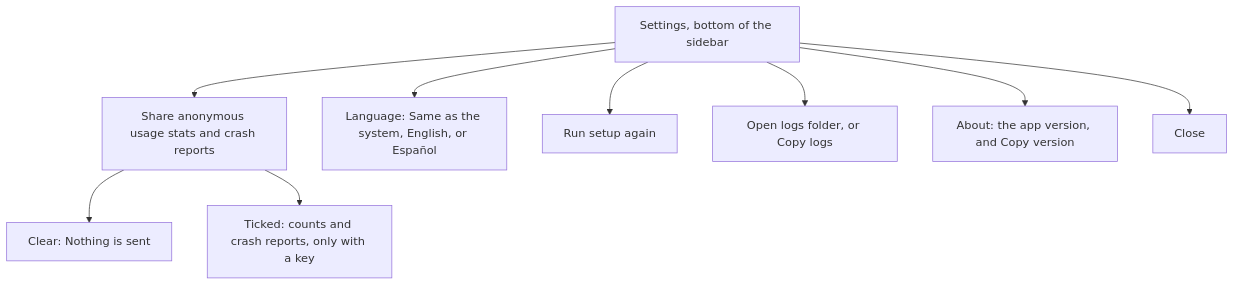
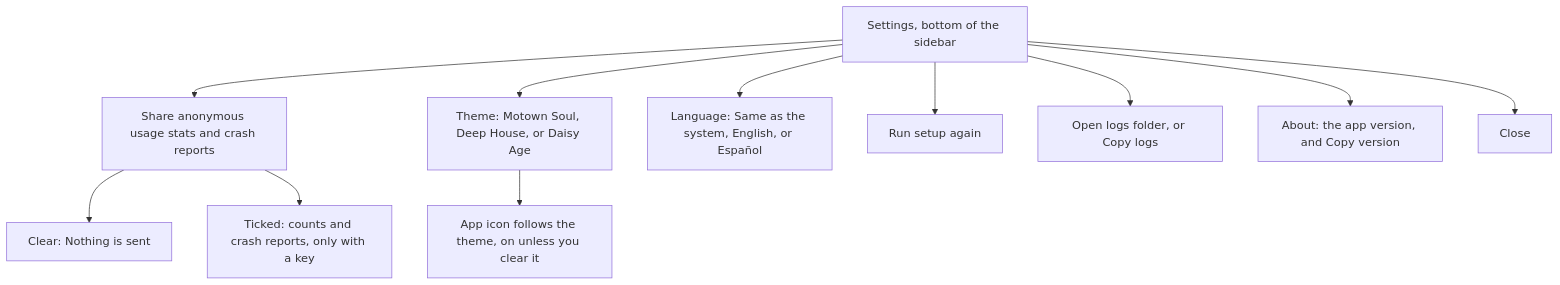
One commit to mookiejones/crateCraft changed the diagram in docs/wiki/Settings.md. Above: the diagram before and after it, drawn with Mermaid. The commit also changed other lines of this file and 39 other files, not shown here.

First line of the commit message:
Follow the selected theme with the running app icon.

````diff
--- a/docs/wiki/Settings.md
+++ b/docs/wiki/Settings.md
@@ -8,11 +8,13 @@
 ```mermaid
 flowchart TD
   rail["Settings, bottom of the sidebar"] --> box["Share anonymous usage stats and crash reports"]
   box --> off["Clear: Nothing is sent"]
   box --> on["Ticked: counts and crash reports, only with a key"]
+  rail --> theme["Theme: Motown Soul, Deep House, or Daisy Age"]
+  theme --> icon["App icon follows the theme, on unless you clear it"]
   rail --> language["Language: Same as the system, English, or Español"]
   rail --> again["Run setup again"]
   rail --> logs["Open logs folder, or Copy logs"]
   rail --> about["About: the app version, and Copy version"]
   rail --> close["Close"]
 ```
````
